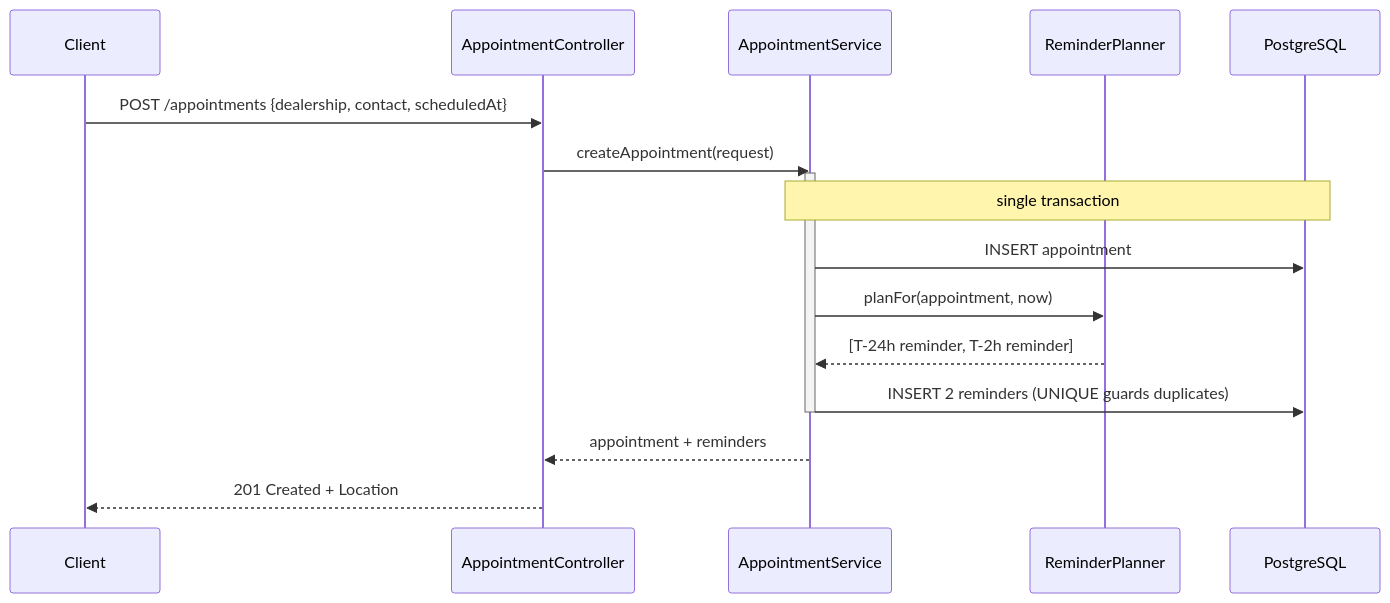
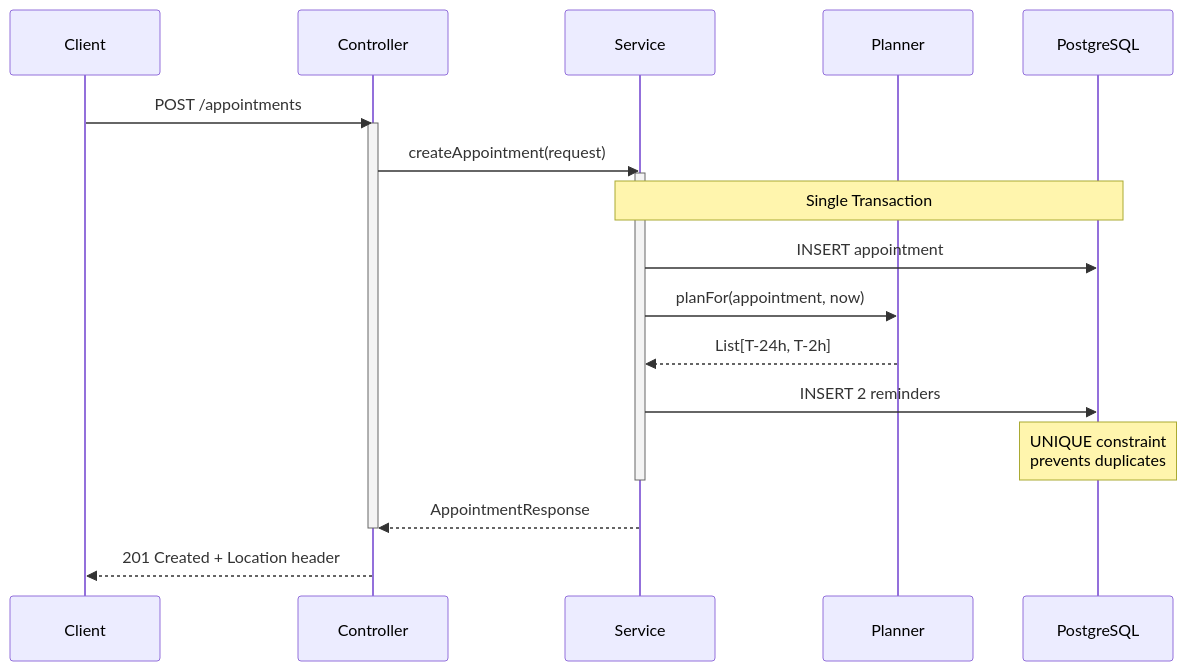
Before and after one commit to kharshit801/appointment-reminder-service: the second of 4 diagrams in docs/design.md, drawn with Mermaid. The commit also changed other lines of this file and 1 other file, not shown here.

Commit message:
improve documentation with clearer structure and mermaid diagrams

````diff
--- a/docs/design.md
+++ b/docs/design.md
@@ -38,20 +42,25 @@
 ```mermaid
 sequenceDiagram
     participant C as Client
-    participant API as AppointmentController
-    participant S as AppointmentService
-    participant P as ReminderPlanner
+    participant API as Controller
+    participant S as Service
+    participant P as Planner
     participant DB as PostgreSQL
 
-    C->>API: POST /appointments {dealership, contact, scheduledAt}
+    C->>API: POST /appointments
+    activate API
     API->>S: createAppointment(request)
     activate S
-    Note over S,DB: single transaction
+    
+    Note over S,DB: Single Transaction
     S->>DB: INSERT appointment
     S->>P: planFor(appointment, now)
-    P-->>S: [T-24h reminder, T-2h reminder]
-    S->>DB: INSERT 2 reminders (UNIQUE guards duplicates)
+    P-->>S: List[T-24h, T-2h]
+    S->>DB: INSERT 2 reminders
+    Note over DB: UNIQUE constraint<br/>prevents duplicates
+    
     deactivate S
-    S-->>API: appointment + reminders
-    API-->>C: 201 Created + Location
+    S-->>API: AppointmentResponse
+    deactivate API
+    API-->>C: 201 Created + Location header
 ```
````
